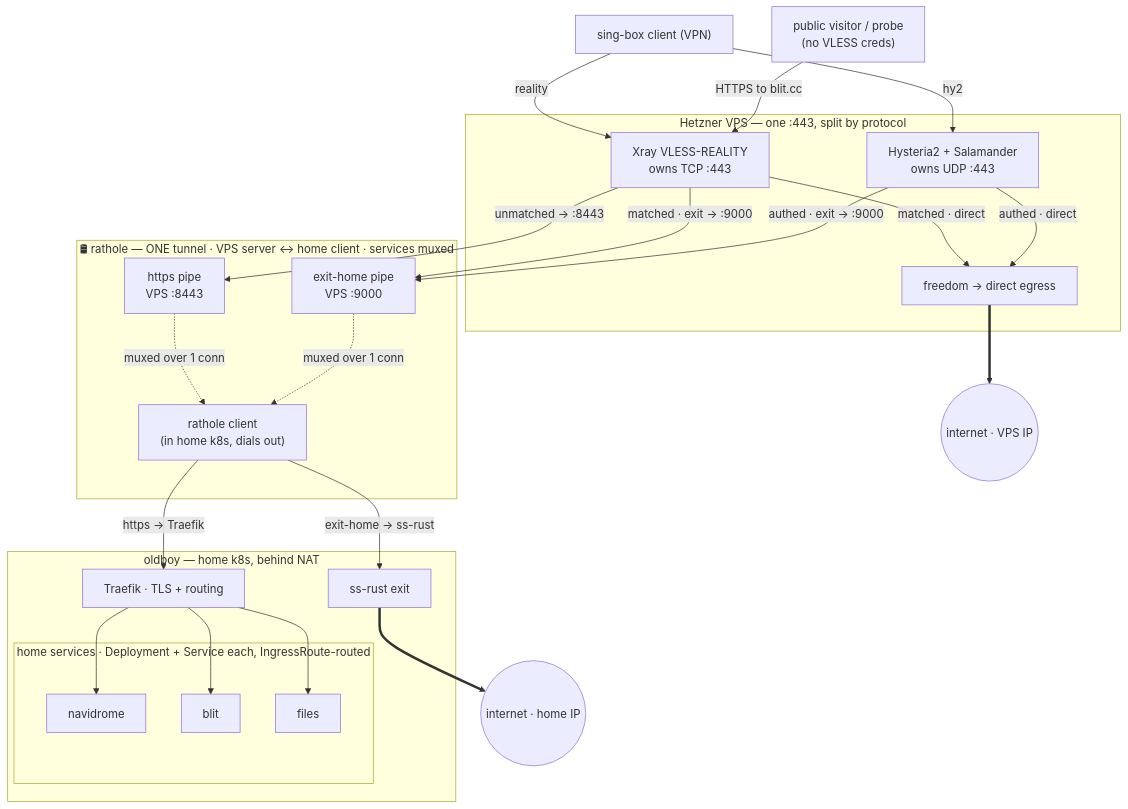
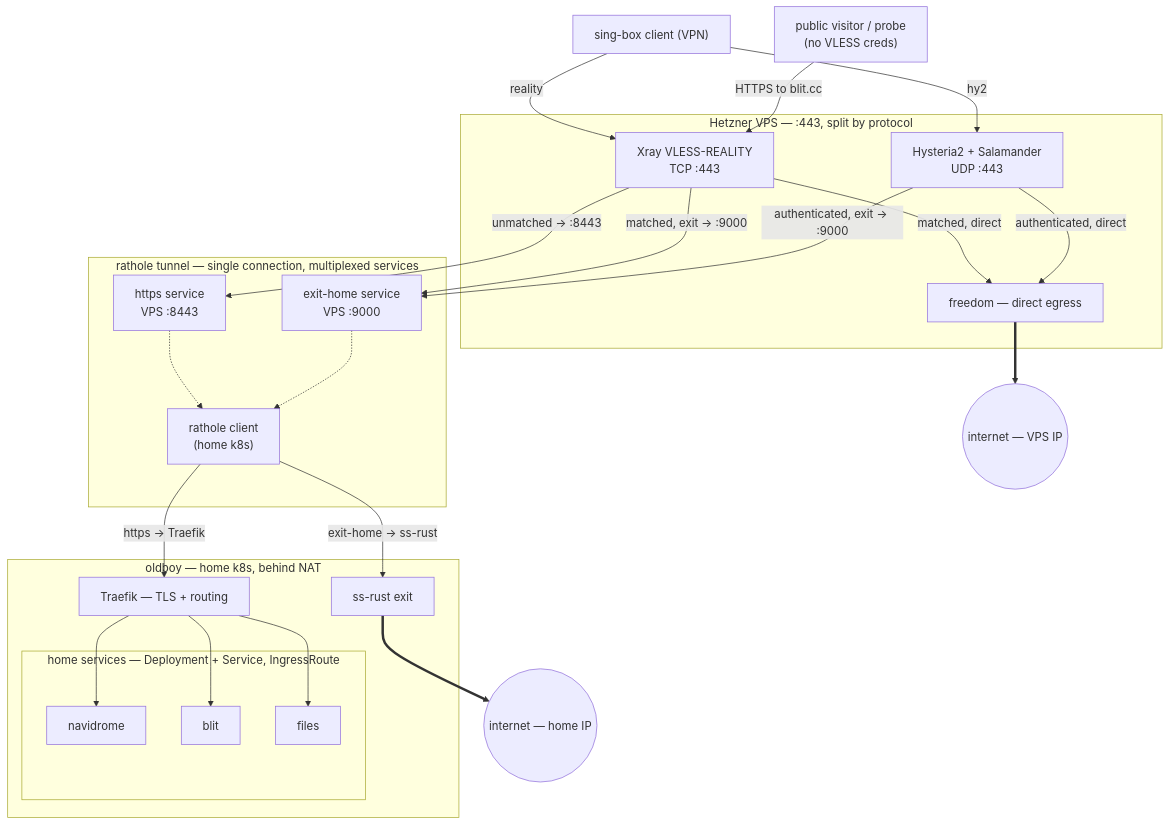
The first of 6 diagrams in docs/architecture.md (radiosilence/jaritanet), drawn with Mermaid before and after one commit. The commit also changed other lines of this file, not shown here.

Commit message:
docs(architecture): de-slop e2e diagram captions
Flatten the register — drop the ALL-CAPS emphasis, emoji, and "owns"/"decides
nothing" phrasing in the diagram labels and caption; state bindings and flow
plainly.

````diff
--- a/docs/architecture.md
+++ b/docs/architecture.md
@@ -21,51 +21,51 @@
 ```mermaid
 flowchart TD
   CLIENT["sing-box client (VPN)"]
   VISITOR["public visitor / probe<br/>(no VLESS creds)"]
 
-  subgraph vps["Hetzner VPS — one :443, split by protocol"]
-    XR["Xray VLESS-REALITY<br/>owns TCP :443"]
-    HY["Hysteria2 + Salamander<br/>owns UDP :443"]
-    FREE["freedom → direct egress"]
+  subgraph vps["Hetzner VPS — :443, split by protocol"]
+    XR["Xray VLESS-REALITY<br/>TCP :443"]
+    HY["Hysteria2 + Salamander<br/>UDP :443"]
+    FREE["freedom — direct egress"]
   end
 
-  subgraph rh["🛢 rathole — ONE tunnel · VPS server ↔ home client · services muxed"]
-    HTTPS_P["https pipe<br/>VPS :8443"]
-    EXIT_P["exit-home pipe<br/>VPS :9000"]
-    RC["rathole client<br/>(in home k8s, dials out)"]
-    HTTPS_P -.->|"muxed over 1 conn"| RC
-    EXIT_P -.->|"muxed over 1 conn"| RC
+  subgraph rh["rathole tunnel — single connection, multiplexed services"]
+    HTTPS_P["https service<br/>VPS :8443"]
+    EXIT_P["exit-home service<br/>VPS :9000"]
+    RC["rathole client<br/>(home k8s)"]
+    HTTPS_P -.-> RC
+    EXIT_P -.-> RC
   end
 
   subgraph home["oldboy — home k8s, behind NAT"]
-    TR["Traefik · TLS + routing"]
-    subgraph apps["home services · Deployment + Service each, IngressRoute-routed"]
+    TR["Traefik — TLS + routing"]
+    subgraph apps["home services — Deployment + Service, IngressRoute"]
       ND["navidrome"]
       BL["blit"]
       FS["files"]
     end
     SS["ss-rust exit"]
     TR --> ND
     TR --> BL
     TR --> FS
   end
 
-  VPSIP(("internet · VPS IP"))
-  HOMEIP(("internet · home IP"))
+  VPSIP(("internet — VPS IP"))
+  HOMEIP(("internet — home IP"))
 
   CLIENT -->|reality| XR
   CLIENT -->|hy2| HY
   VISITOR -->|"HTTPS to blit.cc"| XR
 
   XR -->|"unmatched → :8443"| HTTPS_P
-  XR -->|"matched · direct"| FREE
-  XR -->|"matched · exit → :9000"| EXIT_P
-  HY -->|"authed · direct"| FREE
-  HY -->|"authed · exit → :9000"| EXIT_P
+  XR -->|"matched, direct"| FREE
+  XR -->|"matched, exit → :9000"| EXIT_P
+  HY -->|"authenticated, direct"| FREE
+  HY -->|"authenticated, exit → :9000"| EXIT_P
 
   RC -->|"https → Traefik"| TR
   RC -->|"exit-home → ss-rust"| SS
 
   FREE ==> VPSIP
   SS ==> HOMEIP
 ```
````
